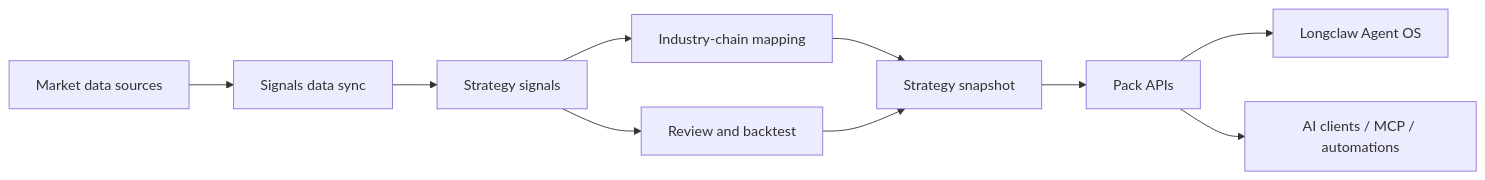
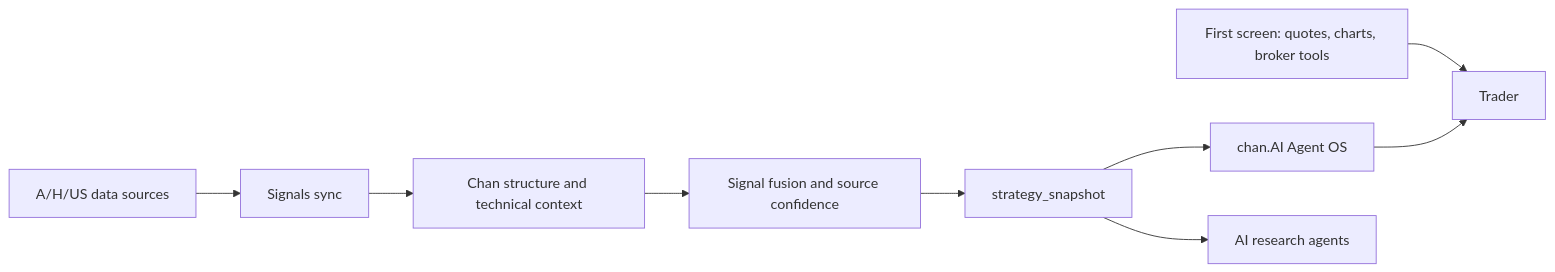
Before and after one commit to Gemini-Nick/signals: the diagram in README.md, drawn with Mermaid. The commit also changed other lines of this file and 3 other files, not shown here.

Commit message:
docs: rebrand Signals for chan.AI

````diff
--- a/README.md
+++ b/README.md
@@ -42,12 +30,11 @@
 ```mermaid
 flowchart LR
-  Sources["Market data sources"] --> Sync["Signals data sync"]
-  Sync --> Strategy["Strategy signals"]
-  Strategy --> Mapping["Industry-chain mapping"]
-  Strategy --> Backtest["Review and backtest"]
-  Mapping --> Snapshot["Strategy snapshot"]
-  Backtest --> Snapshot
-  Snapshot --> APIs["Pack APIs"]
-  APIs --> AgentOS["Longclaw Agent OS"]
-  APIs --> Agents["AI clients / MCP / automations"]
+  Screen1["First screen: quotes, charts, broker tools"] --> Trader["Trader"]
+  Sources["A/H/US data sources"] --> Sync["Signals sync"]
+  Sync --> Structure["Chan structure and technical context"]
+  Structure --> Fusion["Signal fusion and source confidence"]
+  Fusion --> Snapshot["strategy_snapshot"]
+  Snapshot --> AgentOS["chan.AI Agent OS"]
+  Snapshot --> Agents["AI research agents"]
+  AgentOS --> Trader
 ```
````
